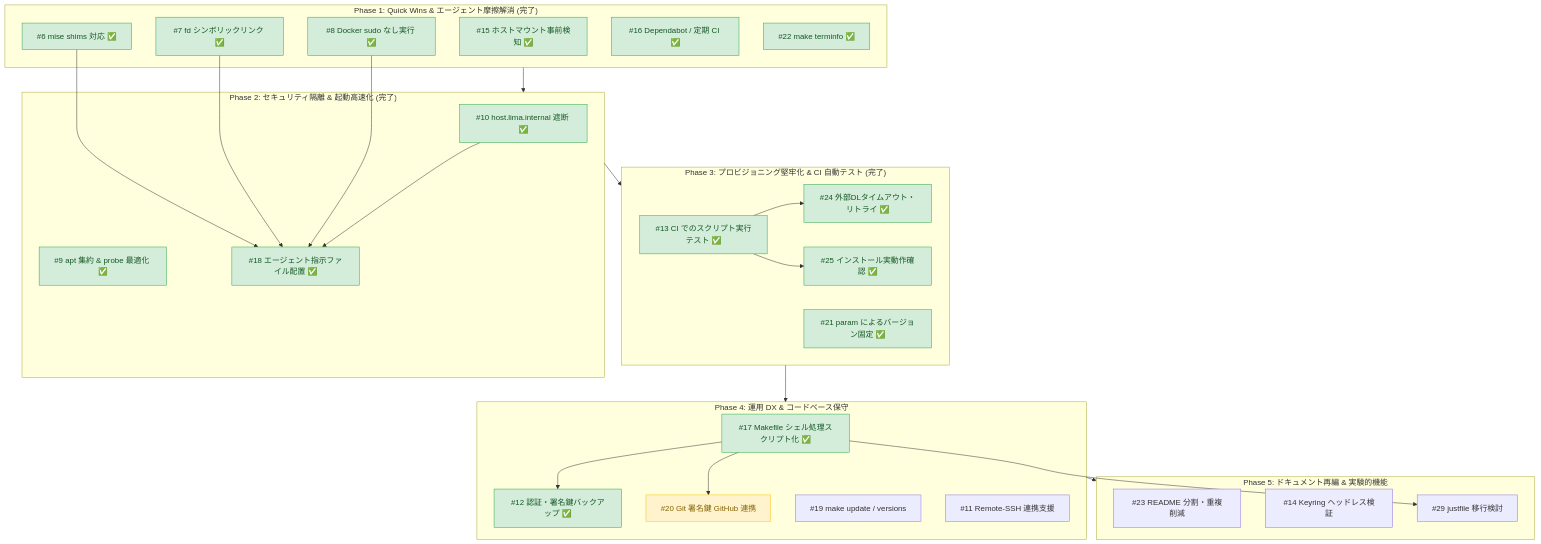
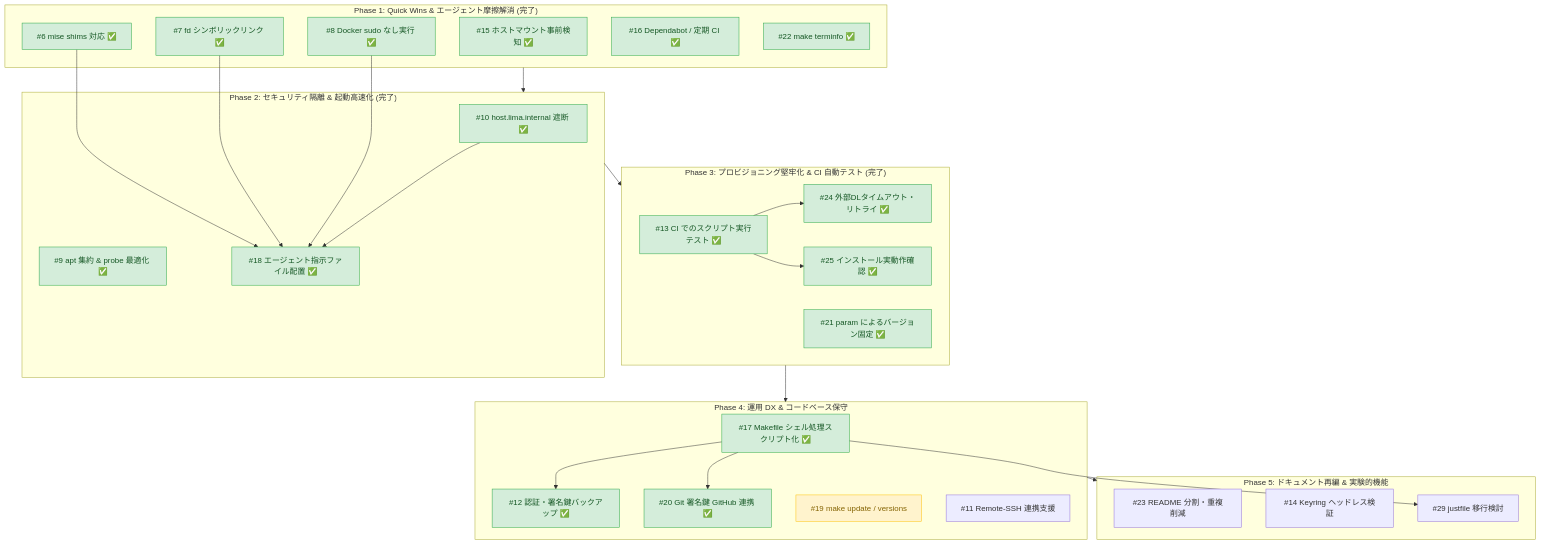
The diagram in docs/issue-prioritization.md (ikuy1203/lima-coding-sandbox), drawn with Mermaid before and after one commit. The commit also changed other lines of this file and 6 other files, not shown here.

````diff
--- a/docs/issue-prioritization.md
+++ b/docs/issue-prioritization.md
@@ -94,57 +94,57 @@
 ```mermaid
 flowchart TD
     subgraph Phase1["Phase 1: Quick Wins & エージェント摩擦解消 (完了)"]
         I15["#15 ホストマウント事前検知 ✅"]
         I7["#7 fd シンボリックリンク ✅"]
         I8["#8 Docker sudo なし実行 ✅"]
         I6["#6 mise shims 対応 ✅"]
         I16["#16 Dependabot / 定期 CI ✅"]
         I22["#22 make terminfo ✅"]
     end
 
     subgraph Phase2["Phase 2: セキュリティ隔離 & 起動高速化 (完了)"]
         I10["#10 host.lima.internal 遮断 ✅"]
         I9["#9 apt 集約 & probe 最適化 ✅"]
         I18["#18 エージェント指示ファイル配置 ✅"]
     end
 
     subgraph Phase3["Phase 3: プロビジョニング堅牢化 & CI 自動テスト (完了)"]
         I13["#13 CI でのスクリプト実行テスト ✅"]
         I24["#24 外部DLタイムアウト・リトライ ✅"]
         I25["#25 インストール実動作確認 ✅"]
         I21["#21 param によるバージョン固定 ✅"]
     end
 
     subgraph Phase4["Phase 4: 運用 DX & コードベース保守"]
         I17["#17 Makefile シェル処理スクリプト化 ✅"]
         I12["#12 認証・署名鍵バックアップ ✅"]
-        I20["#20 Git 署名鍵 GitHub 連携"]
+        I20["#20 Git 署名鍵 GitHub 連携 ✅"]
         I19["#19 make update / versions"]
         I11["#11 Remote-SSH 連携支援"]
     end
 
     subgraph Phase5["Phase 5: ドキュメント再編 & 実験的機能"]
         I23["#23 README 分割・重複削減"]
         I14["#14 Keyring ヘッドレス検証"]
         I29["#29 justfile 移行検討"]
     end
 
     Phase1 --> Phase2
     Phase2 --> Phase3
     Phase3 --> Phase4
     Phase4 --> Phase5
     I6 --> I18
     I7 --> I18
     I8 --> I18
     I10 --> I18
     I13 --> I24
     I13 --> I25
     I17 --> I12
     I17 --> I20
     I17 --> I29
 
     classDef done fill:#d4edda,stroke:#28a745,color:#155724
     classDef next fill:#fff3cd,stroke:#ffc107,color:#856404
-    class I15,I7,I8,I6,I16,I22,I10,I9,I18,I13,I24,I25,I21,I17,I12 done
-    class I20 next
+    class I15,I7,I8,I6,I16,I22,I10,I9,I18,I13,I24,I25,I21,I17,I12,I20 done
+    class I19 next
 ```
````
